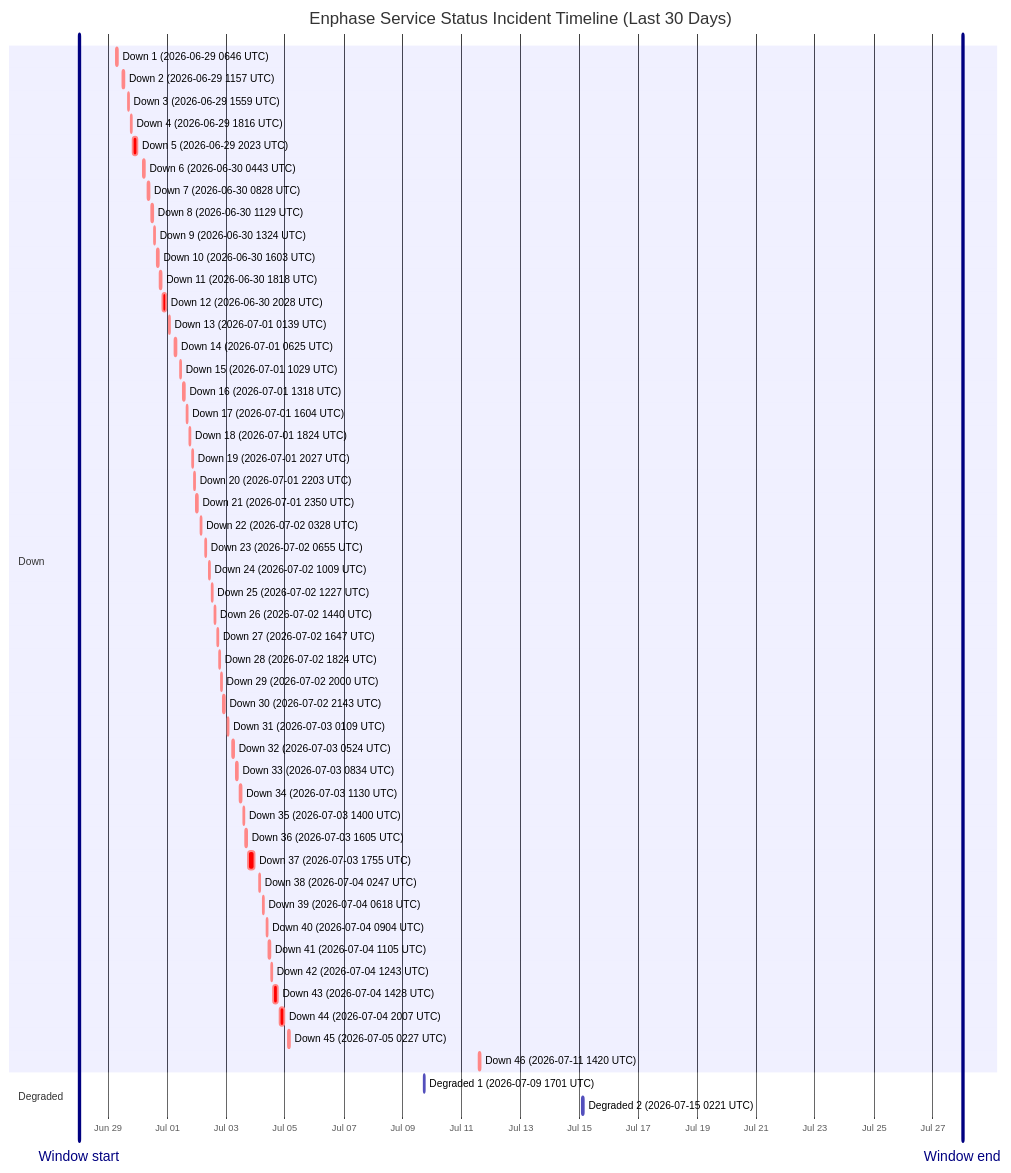
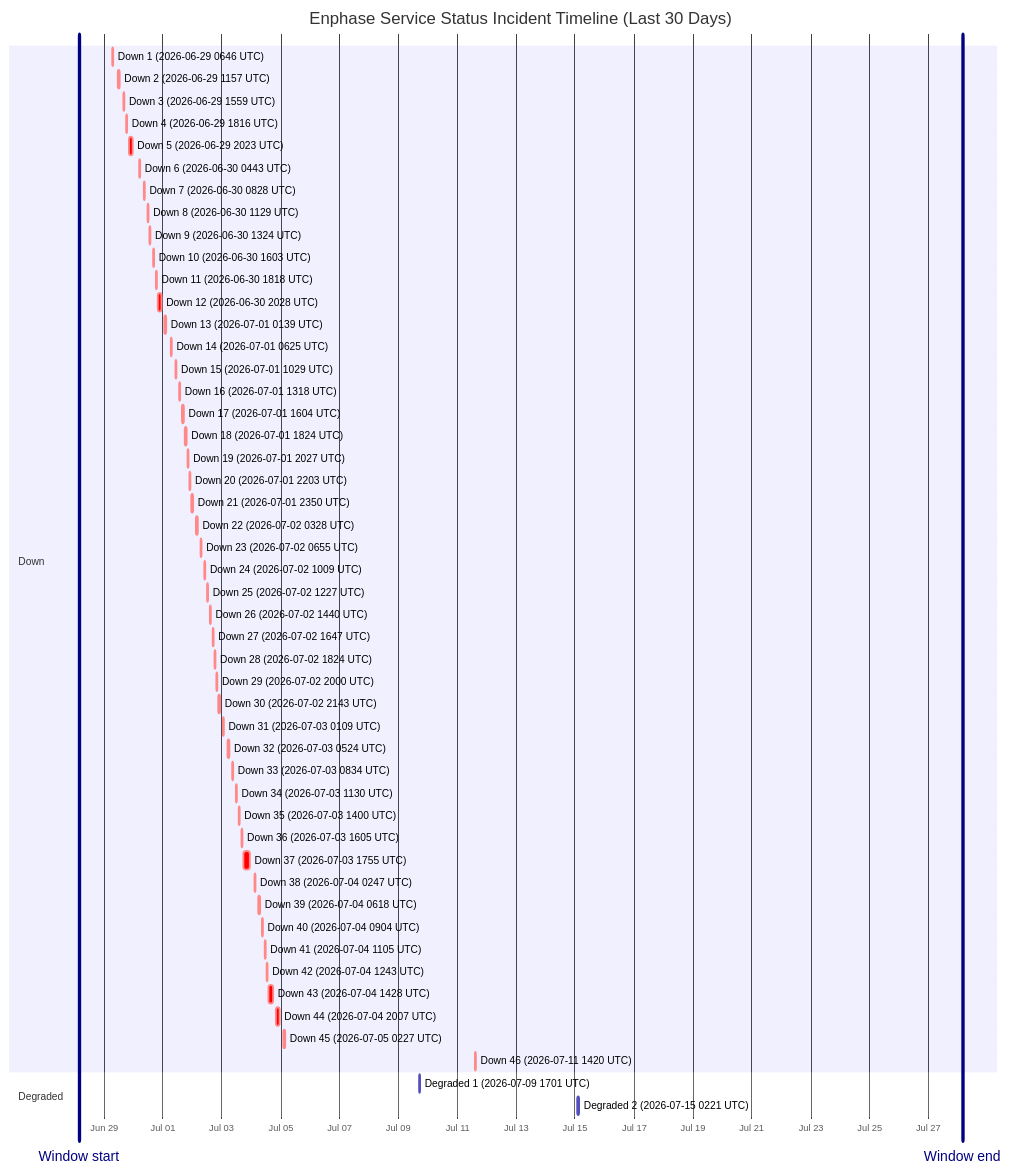
One commit to barneyonline/ha-enphase-energy changed the diagram in wiki/Service-Status-History.md. Above: the diagram before and after it, drawn with Mermaid. The commit also changed other lines of this file and 3 other files, not shown here.

````diff
--- a/wiki/Service-Status-History.md
+++ b/wiki/Service-Status-History.md
@@ -14,58 +14,58 @@
 ```mermaid
 gantt
     title Enphase Service Status Incident Timeline (Last 30 Days)
     dateFormat  YYYY-MM-DDTHH:mm:ss
     axisFormat  %b %d
-    Window start :vert, window-start, 2026-06-28T00:07:49, 0ms
-    Window end :vert, window-end, 2026-07-28T00:07:49, 0ms
+    Window start :vert, window-start, 2026-06-28T03:45:52, 0ms
+    Window end :vert, window-end, 2026-07-28T03:45:52, 0ms
     section Down
     Down 1 (2026-06-29 0646 UTC) :crit, down-1, 2026-06-29T06:46:18, 60m
     Down 2 (2026-06-29 1157 UTC) :crit, down-2, 2026-06-29T11:57:36, 60m
     Down 3 (2026-06-29 1559 UTC) :crit, down-3, 2026-06-29T15:59:02, 60m
     Down 4 (2026-06-29 1816 UTC) :crit, down-4, 2026-06-29T18:16:38, 60m
     Down 5 (2026-06-29 2023 UTC) :crit, down-5, 2026-06-29T20:23:16, 220m
     Down 6 (2026-06-30 0443 UTC) :crit, down-6, 2026-06-30T04:43:54, 60m
     Down 7 (2026-06-30 0828 UTC) :crit, down-7, 2026-06-30T08:28:43, 60m
     Down 8 (2026-06-30 1129 UTC) :crit, down-8, 2026-06-30T11:29:15, 60m
     Down 9 (2026-06-30 1324 UTC) :crit, down-9, 2026-06-30T13:24:25, 60m
     Down 10 (2026-06-30 1603 UTC) :crit, down-10, 2026-06-30T16:03:26, 60m
     Down 11 (2026-06-30 1818 UTC) :crit, down-11, 2026-06-30T18:18:39, 60m
     Down 12 (2026-06-30 2028 UTC) :crit, down-12, 2026-06-30T20:28:54, 171m
     Down 13 (2026-07-01 0139 UTC) :crit, down-13, 2026-07-01T01:39:18, 60m
     Down 14 (2026-07-01 0625 UTC) :crit, down-14, 2026-07-01T06:25:35, 60m
     Down 15 (2026-07-01 1029 UTC) :crit, down-15, 2026-07-01T10:29:24, 60m
     Down 16 (2026-07-01 1318 UTC) :crit, down-16, 2026-07-01T13:18:31, 60m
     Down 17 (2026-07-01 1604 UTC) :crit, down-17, 2026-07-01T16:04:29, 60m
     Down 18 (2026-07-01 1824 UTC) :crit, down-18, 2026-07-01T18:24:21, 60m
     Down 19 (2026-07-01 2027 UTC) :crit, down-19, 2026-07-01T20:27:17, 60m
     Down 20 (2026-07-01 2203 UTC) :crit, down-20, 2026-07-01T22:03:46, 60m
     Down 21 (2026-07-01 2350 UTC) :crit, down-21, 2026-07-01T23:50:52, 60m
     Down 22 (2026-07-02 0328 UTC) :crit, down-22, 2026-07-02T03:28:33, 60m
     Down 23 (2026-07-02 0655 UTC) :crit, down-23, 2026-07-02T06:55:07, 60m
     Down 24 (2026-07-02 1009 UTC) :crit, down-24, 2026-07-02T10:09:15, 60m
     Down 25 (2026-07-02 1227 UTC) :crit, down-25, 2026-07-02T12:27:49, 60m
     Down 26 (2026-07-02 1440 UTC) :crit, down-26, 2026-07-02T14:40:53, 60m
     Down 27 (2026-07-02 1647 UTC) :crit, down-27, 2026-07-02T16:47:47, 60m
     Down 28 (2026-07-02 1824 UTC) :crit, down-28, 2026-07-02T18:24:26, 60m
     Down 29 (2026-07-02 2000 UTC) :crit, down-29, 2026-07-02T20:00:57, 60m
     Down 30 (2026-07-02 2143 UTC) :crit, down-30, 2026-07-02T21:43:52, 80m
     Down 31 (2026-07-03 0109 UTC) :crit, down-31, 2026-07-03T01:09:19, 60m
     Down 32 (2026-07-03 0524 UTC) :crit, down-32, 2026-07-03T05:24:23, 60m
     Down 33 (2026-07-03 0834 UTC) :crit, down-33, 2026-07-03T08:34:05, 60m
     Down 34 (2026-07-03 1130 UTC) :crit, down-34, 2026-07-03T11:30:41, 60m
     Down 35 (2026-07-03 1400 UTC) :crit, down-35, 2026-07-03T14:00:48, 60m
     Down 36 (2026-07-03 1605 UTC) :crit, down-36, 2026-07-03T16:05:49, 60m
     Down 37 (2026-07-03 1755 UTC) :crit, down-37, 2026-07-03T17:55:54, 338m
     Down 38 (2026-07-04 0247 UTC) :crit, down-38, 2026-07-04T02:47:22, 60m
     Down 39 (2026-07-04 0618 UTC) :crit, down-39, 2026-07-04T06:18:09, 60m
     Down 40 (2026-07-04 0904 UTC) :crit, down-40, 2026-07-04T09:04:41, 60m
     Down 41 (2026-07-04 1105 UTC) :crit, down-41, 2026-07-04T11:05:21, 60m
     Down 42 (2026-07-04 1243 UTC) :crit, down-42, 2026-07-04T12:43:25, 60m
     Down 43 (2026-07-04 1428 UTC) :crit, down-43, 2026-07-04T14:28:07, 243m
     Down 44 (2026-07-04 2007 UTC) :crit, down-44, 2026-07-04T20:07:50, 206m
     Down 45 (2026-07-05 0227 UTC) :crit, down-45, 2026-07-05T02:27:32, 109m
     Down 46 (2026-07-11 1420 UTC) :crit, down-46, 2026-07-11T14:20:54, 69m
     section Degraded
     Degraded 1 (2026-07-09 1701 UTC) :active, degraded-1, 2026-07-09T17:01:02, 60m
     Degraded 2 (2026-07-15 0221 UTC) :active, degraded-2, 2026-07-15T02:21:35, 60m
 ```
````
